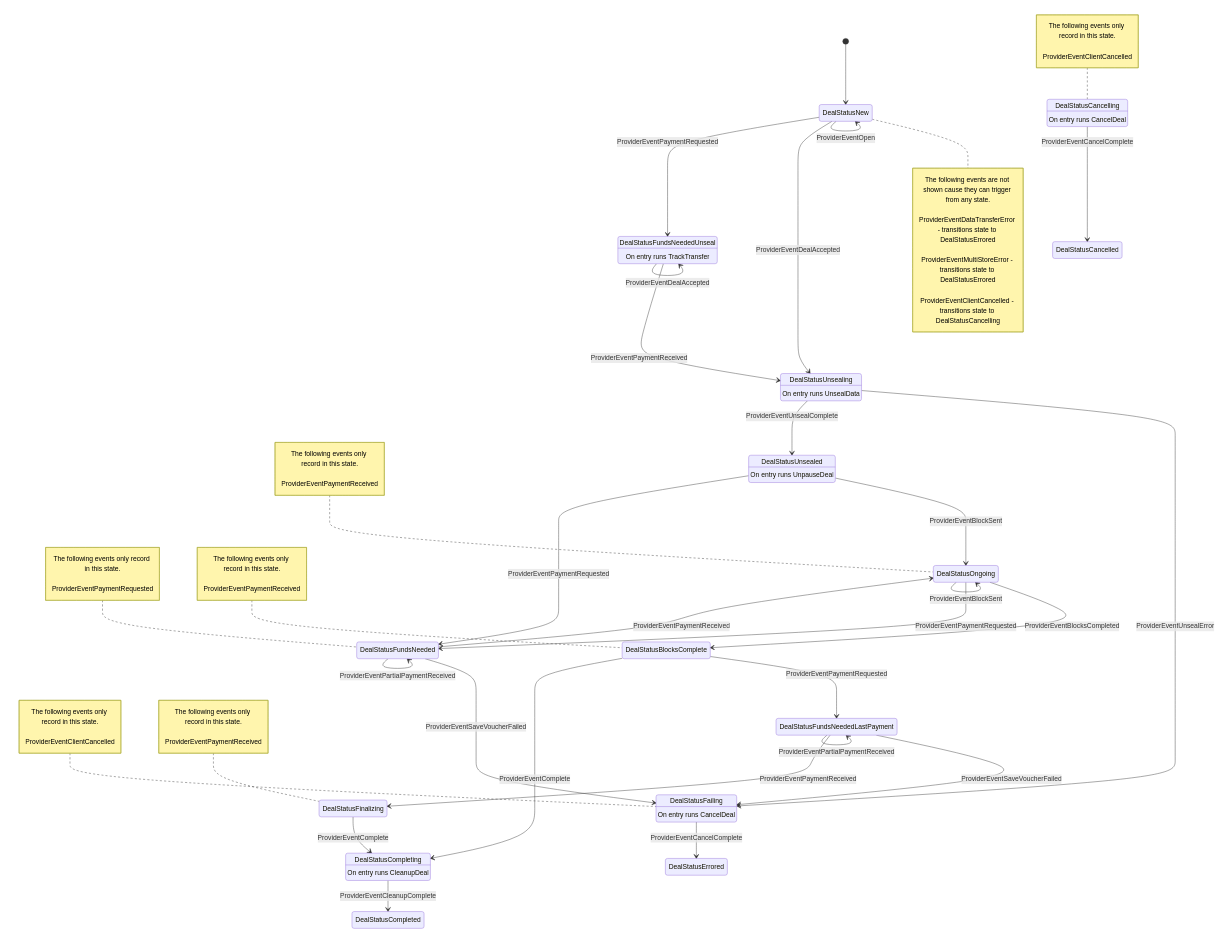
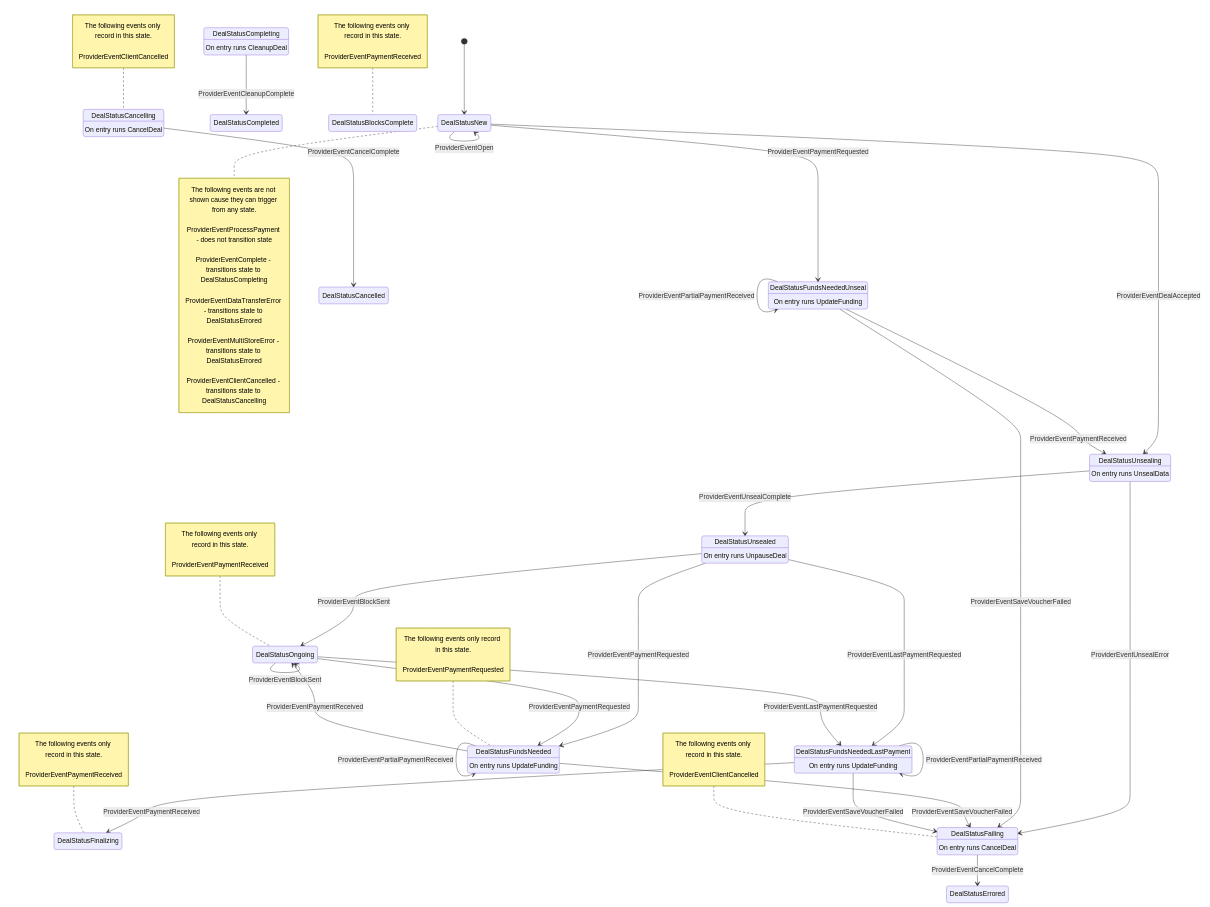
The diagram in docs/retrievalprovider.mmd (filecoin-project/go-fil-markets), drawn with Mermaid before and after one commit. The commit also changed 80 other files, not shown here.

```diff
--- a/docs/retrievalprovider.mmd
+++ b/docs/retrievalprovider.mmd
@@ -1,71 +1,75 @@
 stateDiagram-v2
 	state "DealStatusNew" as DealStatusNew
 	state "DealStatusUnsealing" as DealStatusUnsealing
 	state "DealStatusUnsealed" as DealStatusUnsealed
 	state "DealStatusFundsNeededUnseal" as DealStatusFundsNeededUnseal
 	state "DealStatusFailing" as DealStatusFailing
 	state "DealStatusFundsNeeded" as DealStatusFundsNeeded
 	state "DealStatusOngoing" as DealStatusOngoing
 	state "DealStatusFundsNeededLastPayment" as DealStatusFundsNeededLastPayment
 	state "DealStatusCompleted" as DealStatusCompleted
 	state "DealStatusErrored" as DealStatusErrored
 	state "DealStatusBlocksComplete" as DealStatusBlocksComplete
 	state "DealStatusFinalizing" as DealStatusFinalizing
 	state "DealStatusCompleting" as DealStatusCompleting
 	state "DealStatusCancelling" as DealStatusCancelling
 	state "DealStatusCancelled" as DealStatusCancelled
 	DealStatusUnsealing : On entry runs UnsealData
 	DealStatusUnsealed : On entry runs UnpauseDeal
-	DealStatusFundsNeededUnseal : On entry runs TrackTransfer
+	DealStatusFundsNeededUnseal : On entry runs UpdateFunding
 	DealStatusFailing : On entry runs CancelDeal
+	DealStatusFundsNeeded : On entry runs UpdateFunding
+	DealStatusFundsNeededLastPayment : On entry runs UpdateFunding
 	DealStatusCompleting : On entry runs CleanupDeal
 	DealStatusCancelling : On entry runs CancelDeal
 	[*] --> DealStatusNew
 	note right of DealStatusNew
 		The following events are not shown cause they can trigger from any state.
 
+		ProviderEventProcessPayment - does not transition state
+		ProviderEventComplete - transitions state to DealStatusCompleting
 		ProviderEventDataTransferError - transitions state to DealStatusErrored
 		ProviderEventMultiStoreError - transitions state to DealStatusErrored
 		ProviderEventClientCancelled - transitions state to DealStatusCancelling
 	end note
 	DealStatusNew --> DealStatusNew : ProviderEventOpen
 	DealStatusNew --> DealStatusUnsealing : ProviderEventDealAccepted
 	DealStatusFundsNeededUnseal --> DealStatusFundsNeededUnseal : ProviderEventDealAccepted
 	DealStatusUnsealing --> DealStatusFailing : ProviderEventUnsealError
 	DealStatusUnsealing --> DealStatusUnsealed : ProviderEventUnsealComplete
 	DealStatusUnsealed --> DealStatusOngoing : ProviderEventBlockSent
 	DealStatusOngoing --> DealStatusOngoing : ProviderEventBlockSent
-	DealStatusOngoing --> DealStatusBlocksComplete : ProviderEventBlocksCompleted
 	DealStatusNew --> DealStatusFundsNeededUnseal : ProviderEventPaymentRequested
 	DealStatusUnsealed --> DealStatusFundsNeeded : ProviderEventPaymentRequested
 	DealStatusOngoing --> DealStatusFundsNeeded : ProviderEventPaymentRequested
-	DealStatusBlocksComplete --> DealStatusFundsNeededLastPayment : ProviderEventPaymentRequested
+	DealStatusUnsealed --> DealStatusFundsNeededLastPayment : ProviderEventLastPaymentRequested
+	DealStatusOngoing --> DealStatusFundsNeededLastPayment : ProviderEventLastPaymentRequested
+	DealStatusFundsNeededUnseal --> DealStatusFailing : ProviderEventSaveVoucherFailed
 	DealStatusFundsNeeded --> DealStatusFailing : ProviderEventSaveVoucherFailed
 	DealStatusFundsNeededLastPayment --> DealStatusFailing : ProviderEventSaveVoucherFailed
+	DealStatusFundsNeededUnseal --> DealStatusFundsNeededUnseal : ProviderEventPartialPaymentReceived
 	DealStatusFundsNeeded --> DealStatusFundsNeeded : ProviderEventPartialPaymentReceived
 	DealStatusFundsNeededLastPayment --> DealStatusFundsNeededLastPayment : ProviderEventPartialPaymentReceived
 	DealStatusFundsNeededUnseal --> DealStatusUnsealing : ProviderEventPaymentReceived
 	DealStatusFundsNeeded --> DealStatusOngoing : ProviderEventPaymentReceived
 	DealStatusFundsNeededLastPayment --> DealStatusFinalizing : ProviderEventPaymentReceived
-	DealStatusBlocksComplete --> DealStatusCompleting : ProviderEventComplete
-	DealStatusFinalizing --> DealStatusCompleting : ProviderEventComplete
 	DealStatusCompleting --> DealStatusCompleted : ProviderEventCleanupComplete
 	DealStatusFailing --> DealStatusErrored : ProviderEventCancelComplete
 	DealStatusCancelling --> DealStatusCancelled : ProviderEventCancelComplete
 
 	note left of DealStatusFailing : The following events only record in this state.<br><br>ProviderEventClientCancelled
 
 
 	note left of DealStatusFundsNeeded : The following events only record in this state.<br><br>ProviderEventPaymentRequested
 
 
 	note left of DealStatusOngoing : The following events only record in this state.<br><br>ProviderEventPaymentReceived
 
 
 	note left of DealStatusBlocksComplete : The following events only record in this state.<br><br>ProviderEventPaymentReceived
 
 
 	note left of DealStatusFinalizing : The following events only record in this state.<br><br>ProviderEventPaymentReceived
 
 
 	note left of DealStatusCancelling : The following events only record in this state.<br><br>ProviderEventClientCancelled
```
